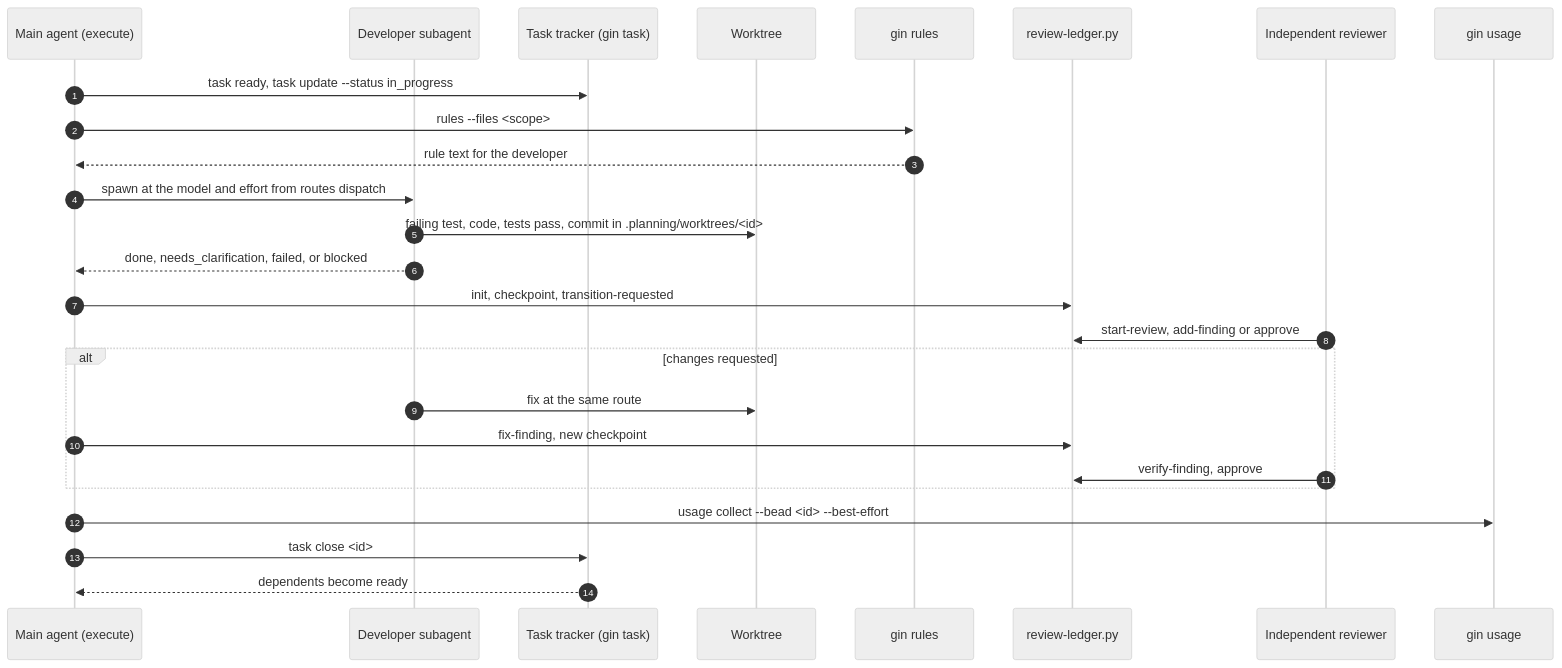
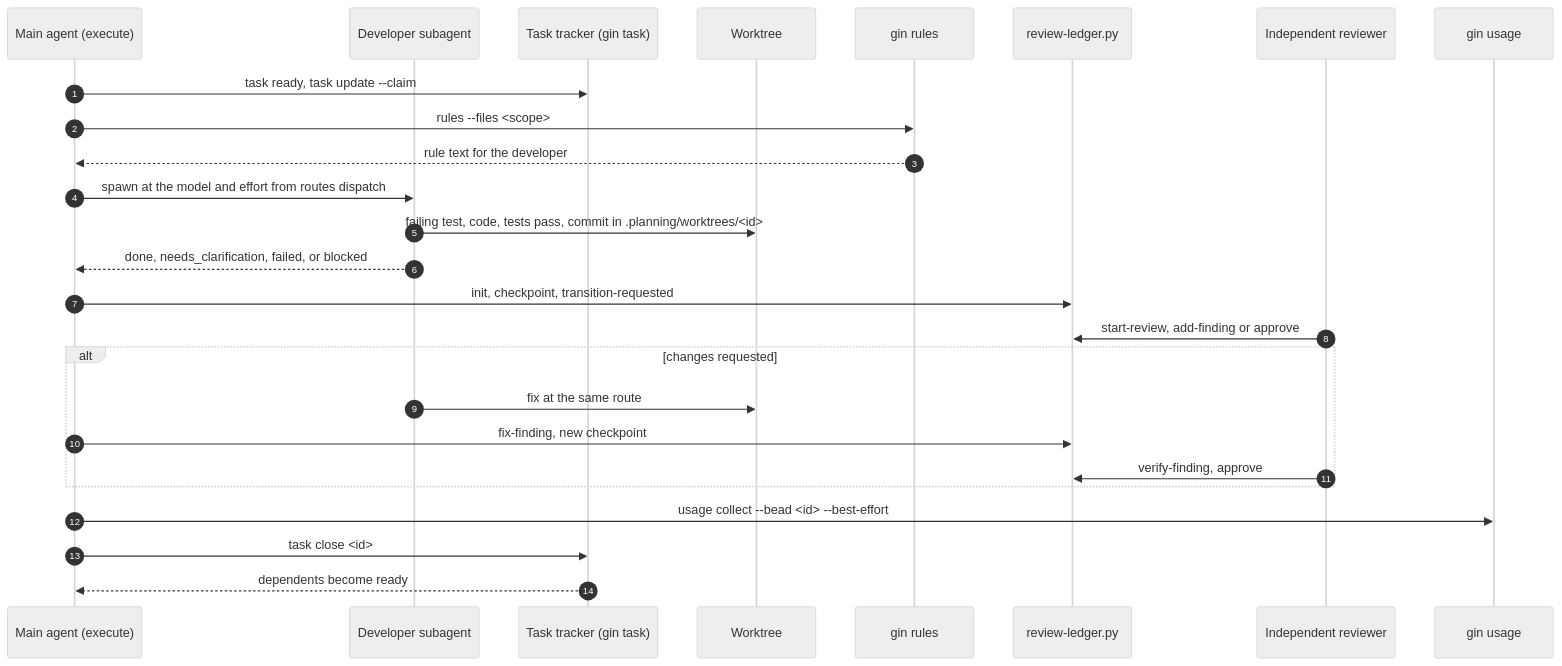
Before and after one commit to giangdhwhtbr/gin-workflow: the third of 6 diagrams in docs/concepts/architecture.md, drawn with Mermaid (neutral theme). The commit also changed other lines of this file and 6 other files, not shown here.

````diff
--- a/docs/concepts/architecture.md
+++ b/docs/concepts/architecture.md
@@ -80,28 +97,28 @@
 ```mermaid
 sequenceDiagram
     autonumber
     participant A as Main agent (execute)
     participant D as Developer subagent
     participant B as Task tracker (gin task)
     participant W as Worktree
     participant R as gin rules
     participant L as review-ledger.py
     participant V as Independent reviewer
     participant U as gin usage
-    A->>B: task ready, task update --status in_progress
+    A->>B: task ready, task update --claim
     A->>R: rules --files <scope>
     R-->>A: rule text for the developer
     A->>D: spawn at the model and effort from routes dispatch
     D->>W: failing test, code, tests pass, commit in .planning/worktrees/<id>
     D-->>A: done, needs_clarification, failed, or blocked
     A->>L: init, checkpoint, transition-requested
     V->>L: start-review, add-finding or approve
     alt changes requested
         D->>W: fix at the same route
         A->>L: fix-finding, new checkpoint
         V->>L: verify-finding, approve
     end
     A->>U: usage collect --bead <id> --best-effort
     A->>B: task close <id>
     B-->>A: dependents become ready
 ```
````
